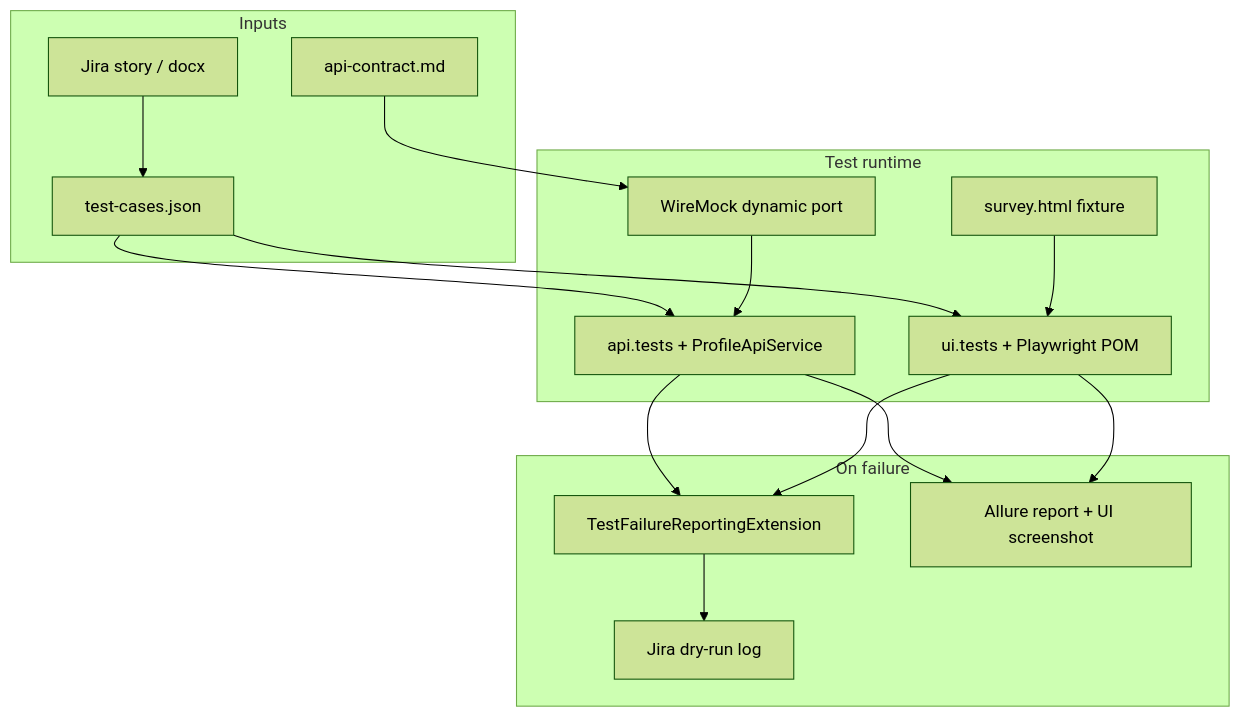
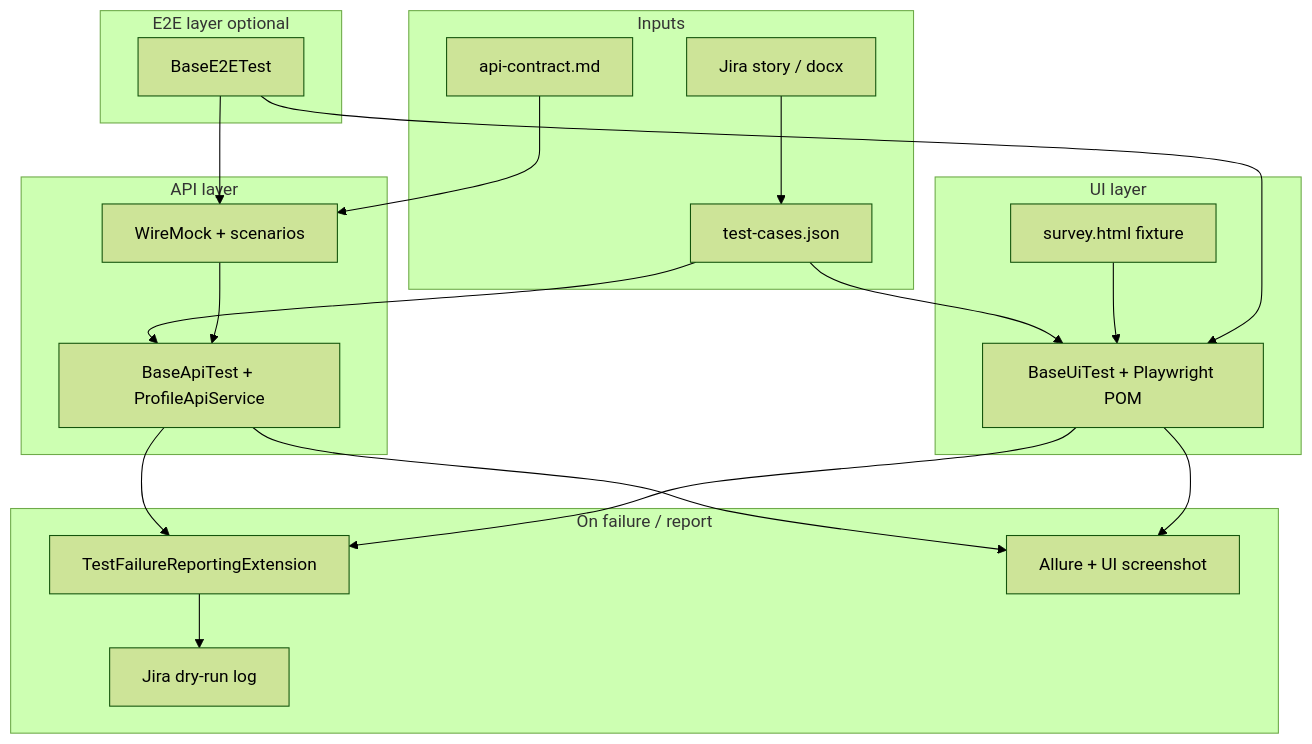
Before and after one commit to Underdogsv/AutomationFramework: the diagram in README.md, drawn with Mermaid (forest theme). The commit also changed other lines of this file and 18 other files, not shown here.

````diff
--- a/README.md
+++ b/README.md
@@ -11,30 +19,37 @@
 ```mermaid
 flowchart TB
   subgraph inputs [Inputs]
     Jira[Jira story / docx]
     TC[test-cases.json]
     Contract[api-contract.md]
   end
-  subgraph runtime [Test runtime]
-    WM[WireMock dynamic port]
-    API[api.tests + ProfileApiService]
-    UI[ui.tests + Playwright POM]
+  subgraph api_layer [API layer]
+    WM[WireMock + scenarios]
+    API[BaseApiTest + ProfileApiService]
+  end
+  subgraph ui_layer [UI layer]
+    UI[BaseUiTest + Playwright POM]
     HTML[survey.html fixture]
   end
-  subgraph outputs [On failure]
+  subgraph e2e_layer [E2E layer optional]
+    E2E[BaseE2ETest]
+  end
+  subgraph outputs [On failure / report]
     Ext[TestFailureReportingExtension]
-    Allure[Allure report + UI screenshot]
+    Allure[Allure + UI screenshot]
     JiraDry[Jira dry-run log]
   end
   Jira --> TC
   TC --> API
   TC --> UI
   Contract --> WM
   WM --> API
   HTML --> UI
+  E2E --> WM
+  E2E --> UI
   API --> Ext
   UI --> Ext
   Ext --> JiraDry
   API --> Allure
   UI --> Allure
 ```
````
